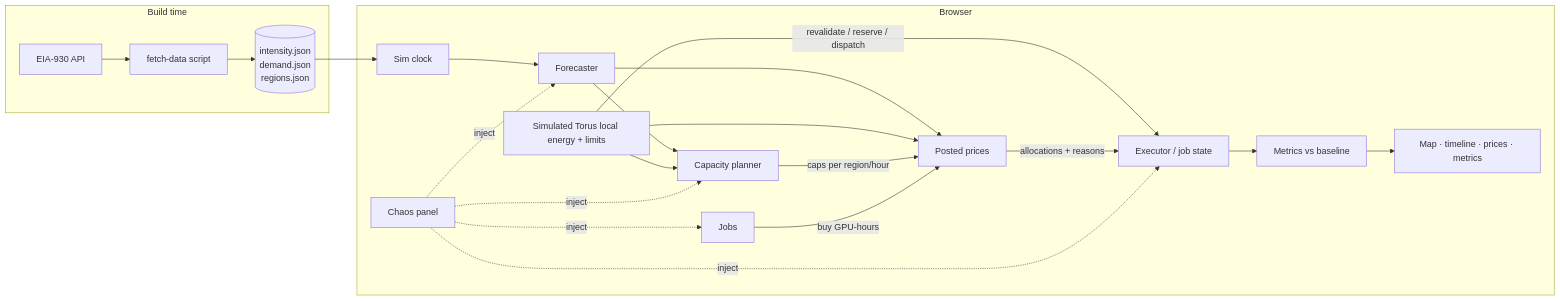
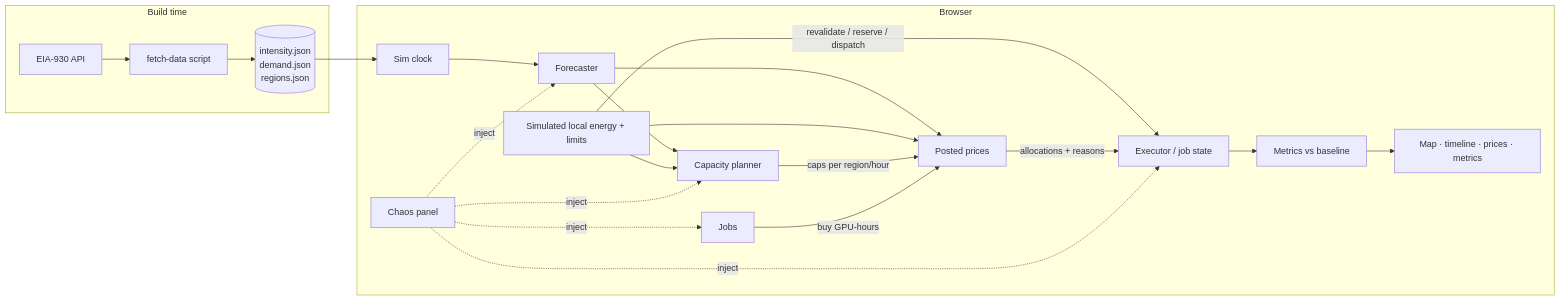
Before and after one commit to jordanwilcken/torus-hackathon2026: the diagram in design.md, drawn with Mermaid. The commit also changed other lines of this file and 12 other files, not shown here.

````diff
--- a/design.md
+++ b/design.md
@@ -77,21 +77,21 @@
 ```mermaid
 flowchart LR
   subgraph Build time
     EIA[EIA-930 API] --> F[fetch-data script]
     F --> J[(intensity.json<br/>demand.json<br/>regions.json)]
   end
   subgraph Browser
     J --> CLK[Sim clock]
     CLK --> FC[Forecaster]
     FC --> PL[Capacity planner]
     FC --> PB[Posted prices]
-    Torus[Simulated Torus local energy + limits] --> PL & PB
-    Torus -->|revalidate / reserve / dispatch| EX
+    LocalEnergy[Simulated local energy + limits] --> PL & PB
+    LocalEnergy -->|revalidate / reserve / dispatch| EX
     PL -->|caps per region/hour| PB
     JB[Jobs] -->|buy GPU-hours| PB
     PB -->|allocations + reasons| EX[Executor / job state]
     EX --> MET[Metrics vs baseline]
     CH[Chaos panel] -.inject.-> FC & PL & EX & JB
     MET --> UI[Map · timeline · prices · metrics]
   end
 ```
````
